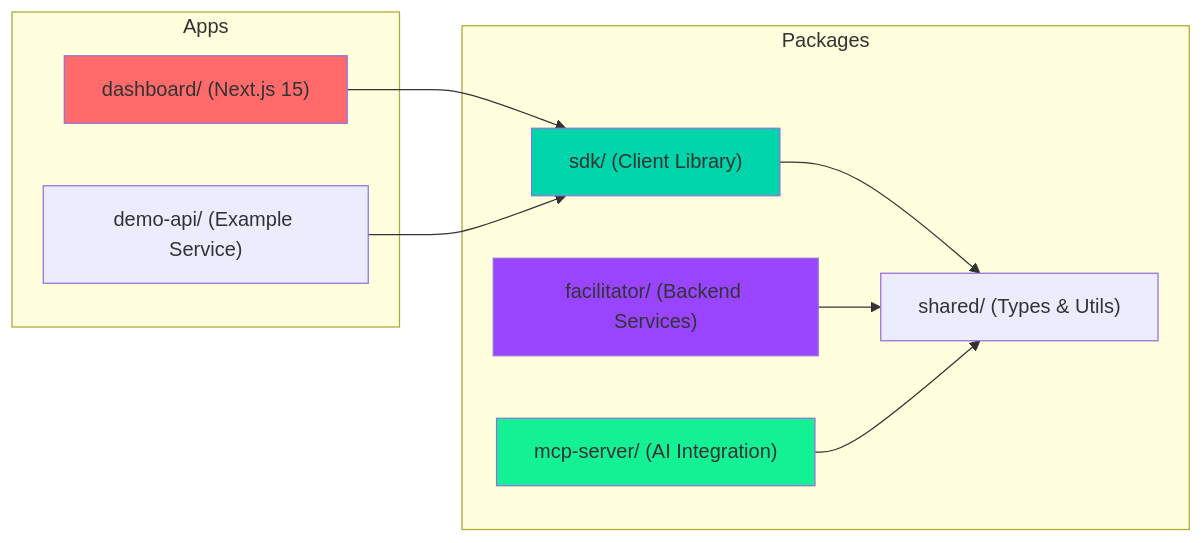
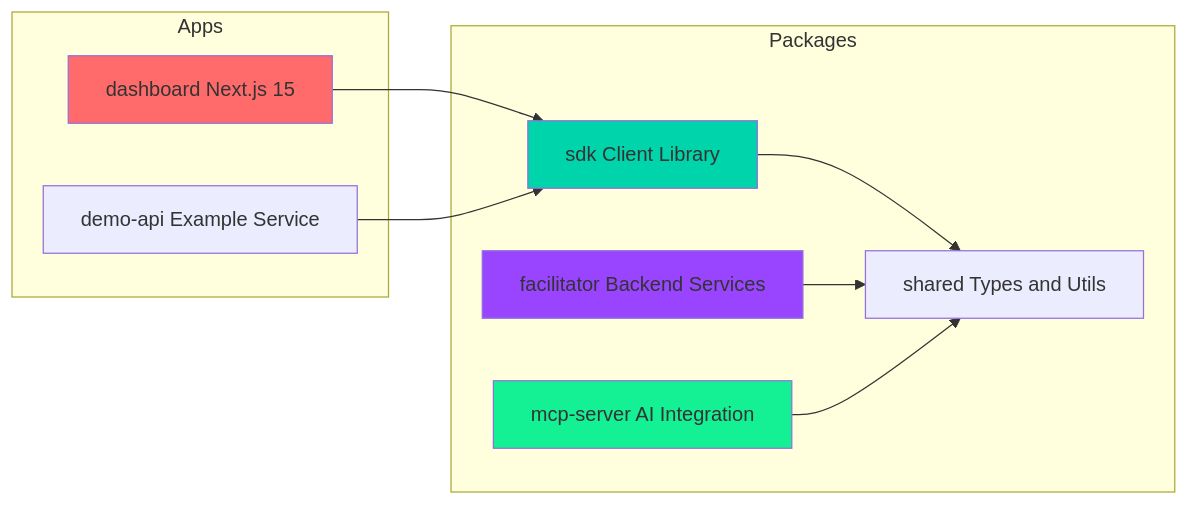
The third of 3 diagrams in README.md (Blessedbiello/402pay), drawn with Mermaid before and after one commit. The commit also changed other lines of this file, not shown here.

First line of the commit message:
fix: Fix Mermaid diagram rendering issues in README

````diff
--- a/README.md
+++ b/README.md
@@ -248,25 +248,25 @@
 ```mermaid
 graph LR
-    subgraph "Packages"
-        SDK["sdk/ (Client Library)"]
-        Facilitator["facilitator/ (Backend Services)"]
-        MCP["mcp-server/ (AI Integration)"]
-        Shared["shared/ (Types & Utils)"]
+    subgraph Packages
+        SDK[sdk Client Library]
+        Facilitator[facilitator Backend Services]
+        MCP[mcp-server AI Integration]
+        Shared[shared Types and Utils]
     end
 
-    subgraph "Apps"
-        Dashboard["dashboard/ (Next.js 15)"]
-        Demo["demo-api/ (Example Service)"]
+    subgraph Apps
+        Dashboard[dashboard Next.js 15]
+        Demo[demo-api Example Service]
     end
 
     SDK --> Shared
     Facilitator --> Shared
     MCP --> Shared
     Dashboard --> SDK
     Demo --> SDK
 
     style SDK fill:#00D4AA
     style Facilitator fill:#9945FF
     style MCP fill:#14F195
     style Dashboard fill:#FF6B6B
 ```
````
